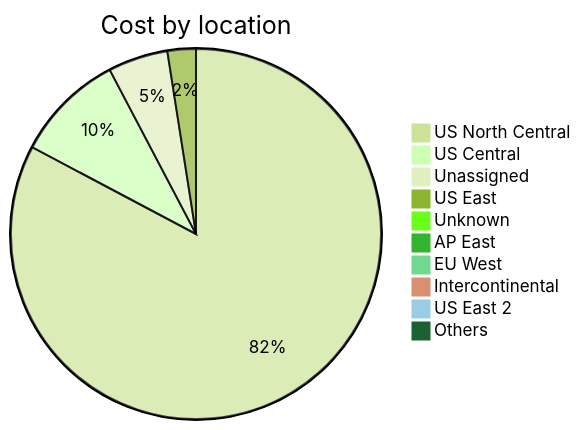
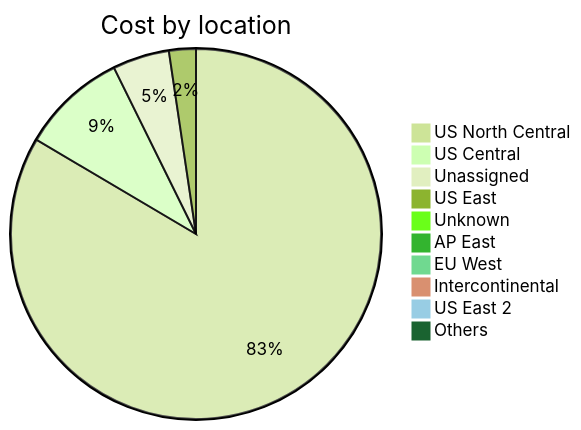
The third of 4 diagrams in cost-reports/accumulated-cost.md (jpfulton/azure-personal-reports), drawn with Mermaid (forest theme) before and after one commit. The commit also changed other lines of this file and 4 other files, not shown here.

````diff
--- a/cost-reports/accumulated-cost.md
+++ b/cost-reports/accumulated-cost.md
@@ -132,14 +132,14 @@
 ```mermaid
 pie
    title Cost by location
-   "US North Central" : 186.01
-   "US Central" : 21.45
-   "Unassigned" : 11.74
-   "US East" : 5.57
-   "Unknown" : 0.87
+   "US North Central" : 198.65
+   "US Central" : 21.92
+   "Unassigned" : 11.77
+   "US East" : 5.58
+   "Unknown" : 0.91
    "AP East" : 0.00
    "EU West" : 0.00
    "Intercontinental" : 0.00
    "US East 2" : 0.00
    "Others" : 0.00
 ```
````
